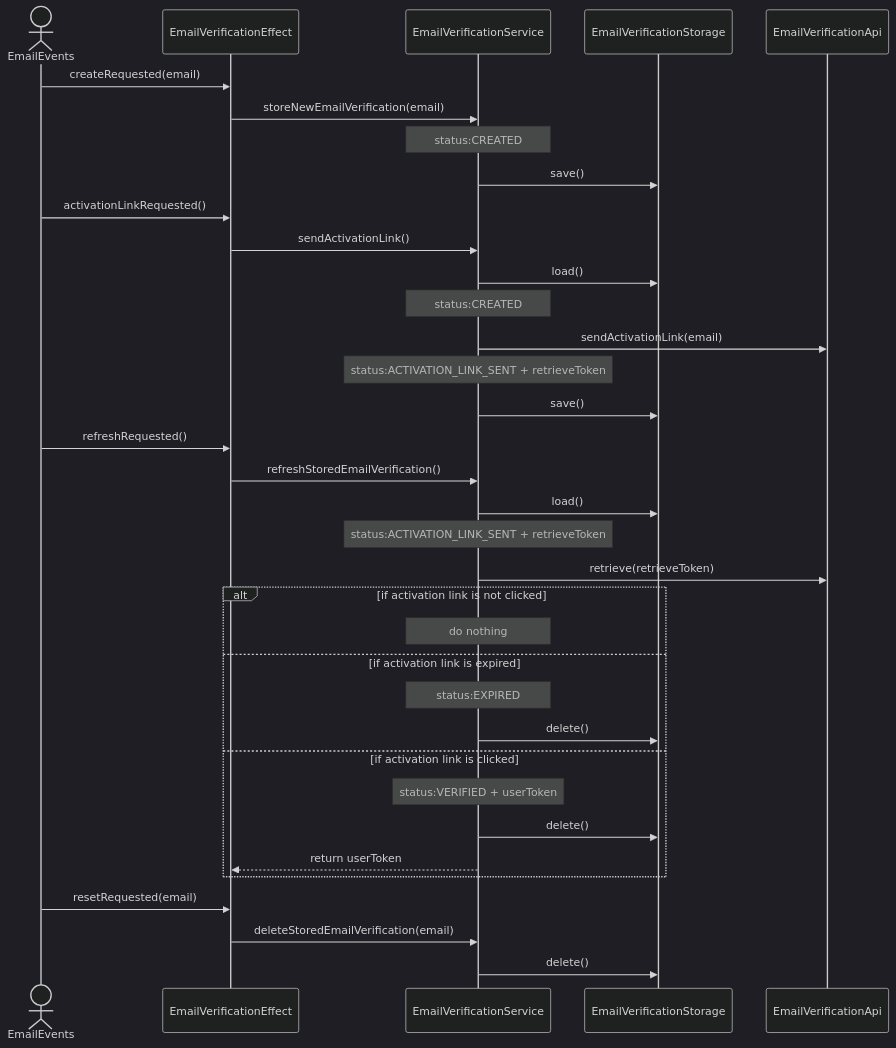
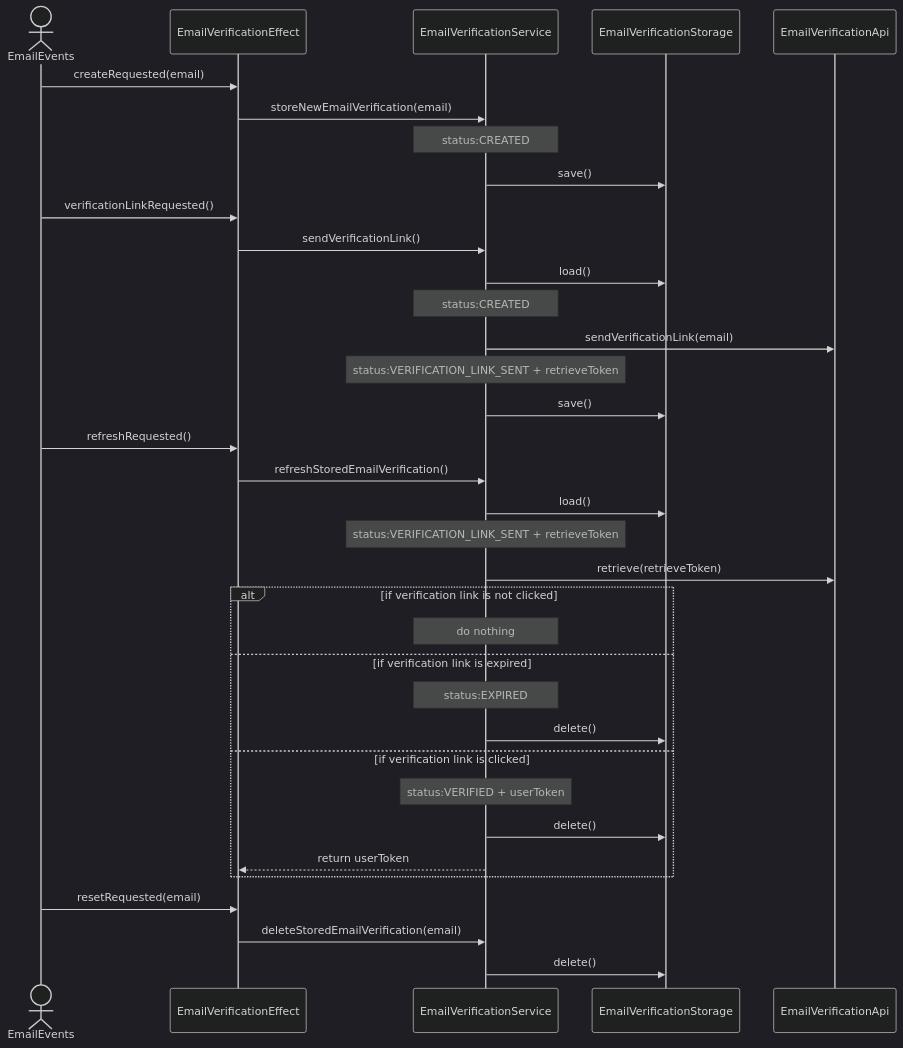
Before and after one commit to BenLayet/meditation-timer: the third of 4 diagrams in docs/workflows/create-account.md, drawn with Mermaid (dark theme). The commit also changed other lines of this file and 20 other files, not shown here.

````diff
--- a/docs/workflows/create-account.md
+++ b/docs/workflows/create-account.md
@@ -75,38 +75,38 @@
 ```mermaid
 sequenceDiagram
     actor EmailEvents
     participant EmailVerificationEffect
     participant EmailVerificationService
     participant EmailVerificationStorage
     participant EmailVerificationApi
 
     EmailEvents ->> EmailVerificationEffect: createRequested(email)
     EmailVerificationEffect ->> EmailVerificationService: storeNewEmailVerification(email)
     Note over EmailVerificationService: status:CREATED
     EmailVerificationService ->> EmailVerificationStorage: save()
-    EmailEvents ->> EmailVerificationEffect: activationLinkRequested()
-    EmailVerificationEffect ->> EmailVerificationService: sendActivationLink()
+    EmailEvents ->> EmailVerificationEffect: verificationLinkRequested()
+    EmailVerificationEffect ->> EmailVerificationService: sendVerificationLink()
     EmailVerificationService ->> EmailVerificationStorage: load()
     Note over EmailVerificationService: status:CREATED
-    EmailVerificationService ->> EmailVerificationApi: sendActivationLink(email)
-    Note over EmailVerificationService: status:ACTIVATION_LINK_SENT + retrieveToken
+    EmailVerificationService ->> EmailVerificationApi: sendVerificationLink(email)
+    Note over EmailVerificationService: status:VERIFICATION_LINK_SENT + retrieveToken
     EmailVerificationService ->> EmailVerificationStorage: save()
     EmailEvents ->> EmailVerificationEffect: refreshRequested()
     EmailVerificationEffect ->> EmailVerificationService: refreshStoredEmailVerification()
     EmailVerificationService ->> EmailVerificationStorage: load()
-    Note over EmailVerificationService: status:ACTIVATION_LINK_SENT + retrieveToken
+    Note over EmailVerificationService: status:VERIFICATION_LINK_SENT + retrieveToken
     EmailVerificationService ->> EmailVerificationApi: retrieve(retrieveToken)
-    alt if activation link is not clicked
+    alt if verification link is not clicked
         Note over EmailVerificationService: do nothing
-    else if activation link is expired
+    else if verification link is expired
         Note over EmailVerificationService: status:EXPIRED
         EmailVerificationService ->> EmailVerificationStorage: delete()
-    else if activation link is clicked
+    else if verification link is clicked
         Note over EmailVerificationService: status:VERIFIED + userToken
         EmailVerificationService ->> EmailVerificationStorage: delete()
         EmailVerificationService -->> EmailVerificationEffect: return userToken
     end
     EmailEvents ->> EmailVerificationEffect: resetRequested(email)
     EmailVerificationEffect ->> EmailVerificationService: deleteStoredEmailVerification(email)
     EmailVerificationService ->> EmailVerificationStorage: delete()
 ```
````
